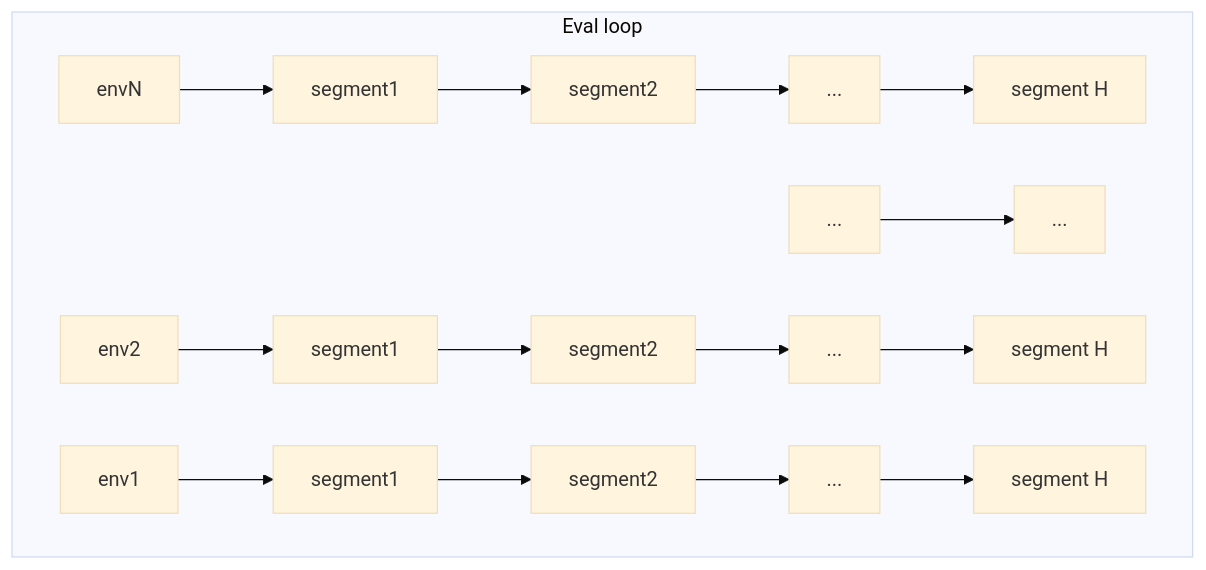
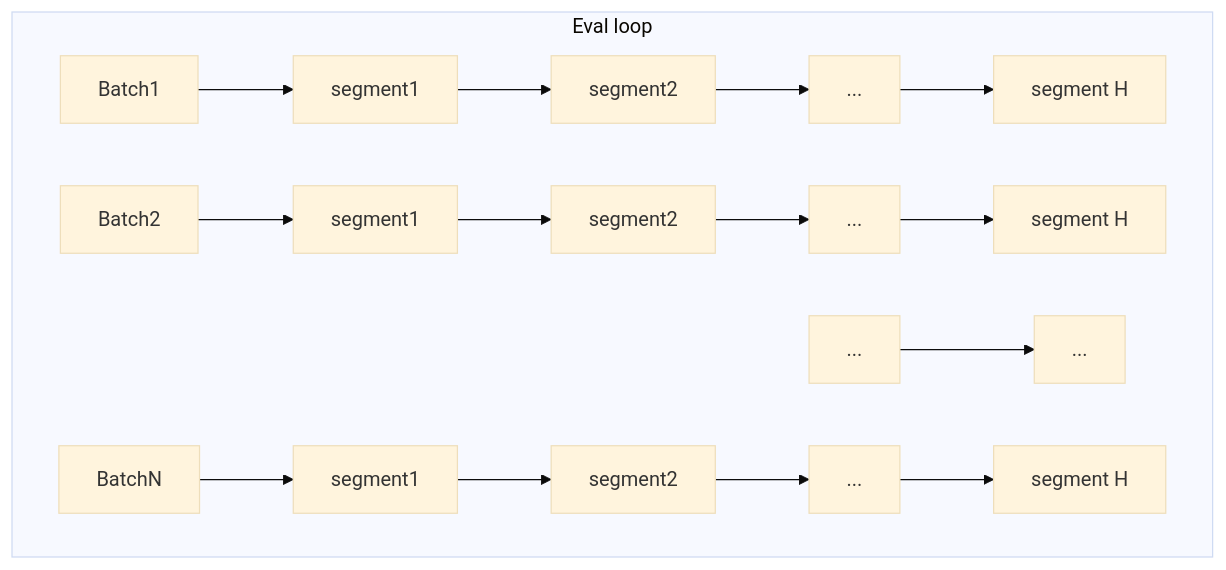
Before and after one commit to rlplays/PufferLib: the first of 3 diagrams in README.md, drawn with Mermaid (base theme). The commit also changed other lines of this file, not shown here.

````diff
--- a/README.md
+++ b/README.md
@@ -103,9 +103,9 @@
 ```mermaid
 flowchart 
   subgraph Segments[Eval loop]
-    envN[envN] --> segment1[segment1] --> segment2[segment2] --> b10_dots["..."] --> segment[segment H]
+    env1[Batch1] --> env1_segment1["segment1"] --> env1_segment2["segment2"] --> b1_dots["..."] --> segmentH_1[segment H]
+    env2[Batch2] --> env2_segment1["segment1"] --> env2_segment2["segment2"] --> b2_dots["..."] --> segmentH_2[segment H]
     b3_dots["..."] --> b4_dots["..."]
-    env2[env2] --> env2_segment1["segment1"] --> env2_segment2["segment2"] --> b2_dots["..."] --> segmentH_2[segment H]
-    env1[env1] --> env1_segment1["segment1"] --> env1_segment2["segment2"] --> b1_dots["..."] --> segmentH_1[segment H]
+    envN[BatchN] --> segment1[segment1] --> segment2[segment2] --> b10_dots["..."] --> segment[segment H]
   end
 ```
````
